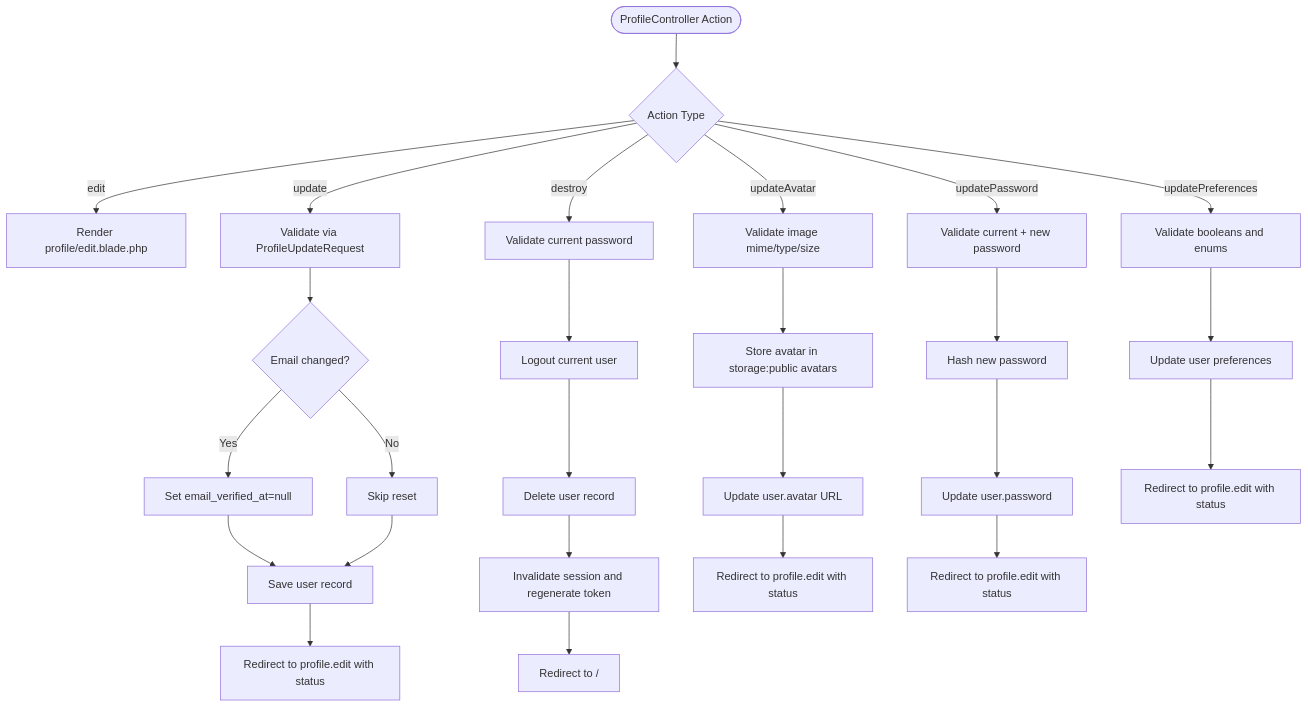
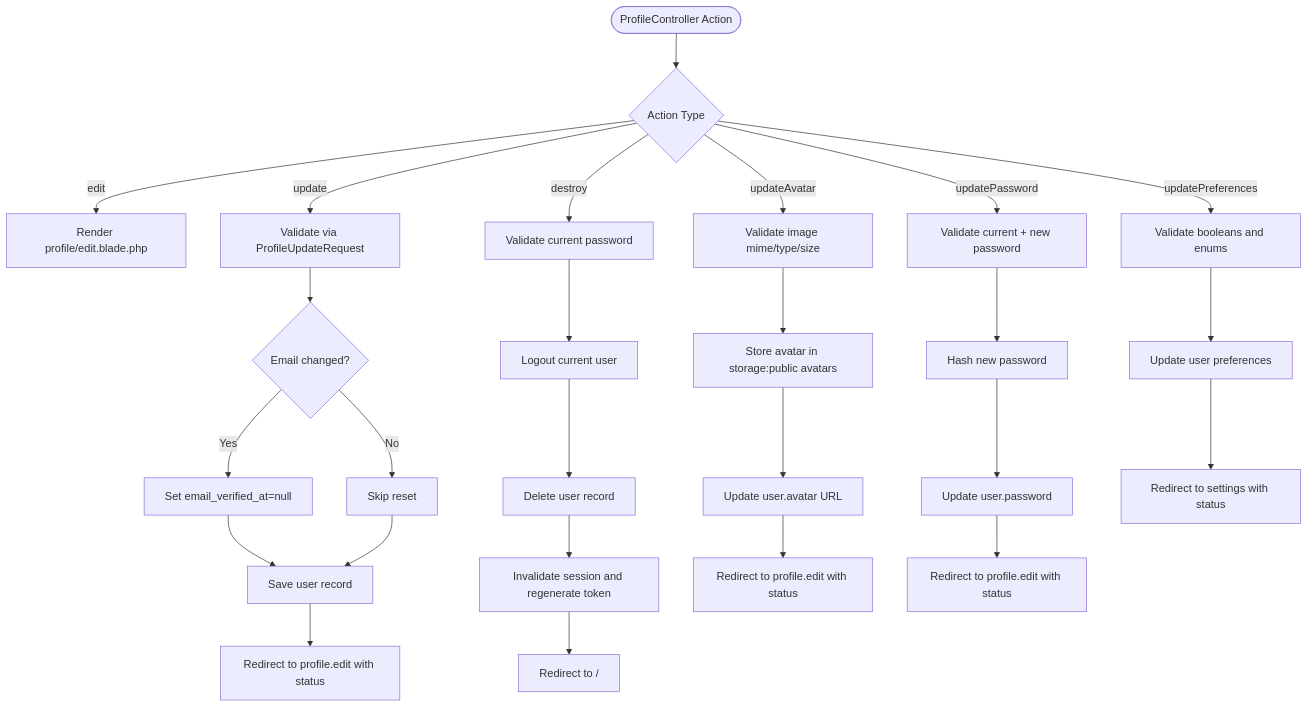
The third of 6 diagrams in .qoder/repowiki/en/content/User Management.md (VenokM05/Travel_Project), drawn with Mermaid before and after one commit. The commit also changed other lines of this file and 23 other files, not shown here.

````diff
--- a/.qoder/repowiki/en/content/User Management.md
+++ b/.qoder/repowiki/en/content/User Management.md
@@ -187,28 +181,28 @@
 ```mermaid
 flowchart TD
 Start(["ProfileController Action"]) --> Choice{"Action Type"}
 Choice --> |edit| RenderEdit["Render profile/edit.blade.php"]
 Choice --> |update| ValidateProfile["Validate via ProfileUpdateRequest"]
 ValidateProfile --> DirtyEmail{"Email changed?"}
 DirtyEmail --> |Yes| ResetEmail["Set email_verified_at=null"]
 DirtyEmail --> |No| SkipReset["Skip reset"]
 ResetEmail --> SaveUser["Save user record"]
 SkipReset --> SaveUser
 SaveUser --> RedirectEdit["Redirect to profile.edit with status"]
 Choice --> |destroy| ValidatePassword["Validate current password"]
 ValidatePassword --> Logout["Logout current user"]
 Logout --> DeleteUser["Delete user record"]
 DeleteUser --> InvalidateSession["Invalidate session and regenerate token"]
 InvalidateSession --> RedirectHome["Redirect to /"]
 Choice --> |updateAvatar| ValidateImage["Validate image mime/type/size"]
 ValidateImage --> StoreAvatar["Store avatar in storage:public avatars"]
 StoreAvatar --> SaveUrl["Update user.avatar URL"]
 SaveUrl --> RedirectAvatar["Redirect to profile.edit with status"]
 Choice --> |updatePassword| ValidatePass["Validate current + new password"]
 ValidatePass --> HashPass["Hash new password"]
 HashPass --> SavePass["Update user.password"]
 SavePass --> RedirectPass["Redirect to profile.edit with status"]
 Choice --> |updatePreferences| ValidatePrefs["Validate booleans and enums"]
 ValidatePrefs --> SavePrefs["Update user preferences"]
-SavePrefs --> RedirectPrefs["Redirect to profile.edit with status"]
+SavePrefs --> RedirectPrefs["Redirect to settings with status"]
 ```
````
